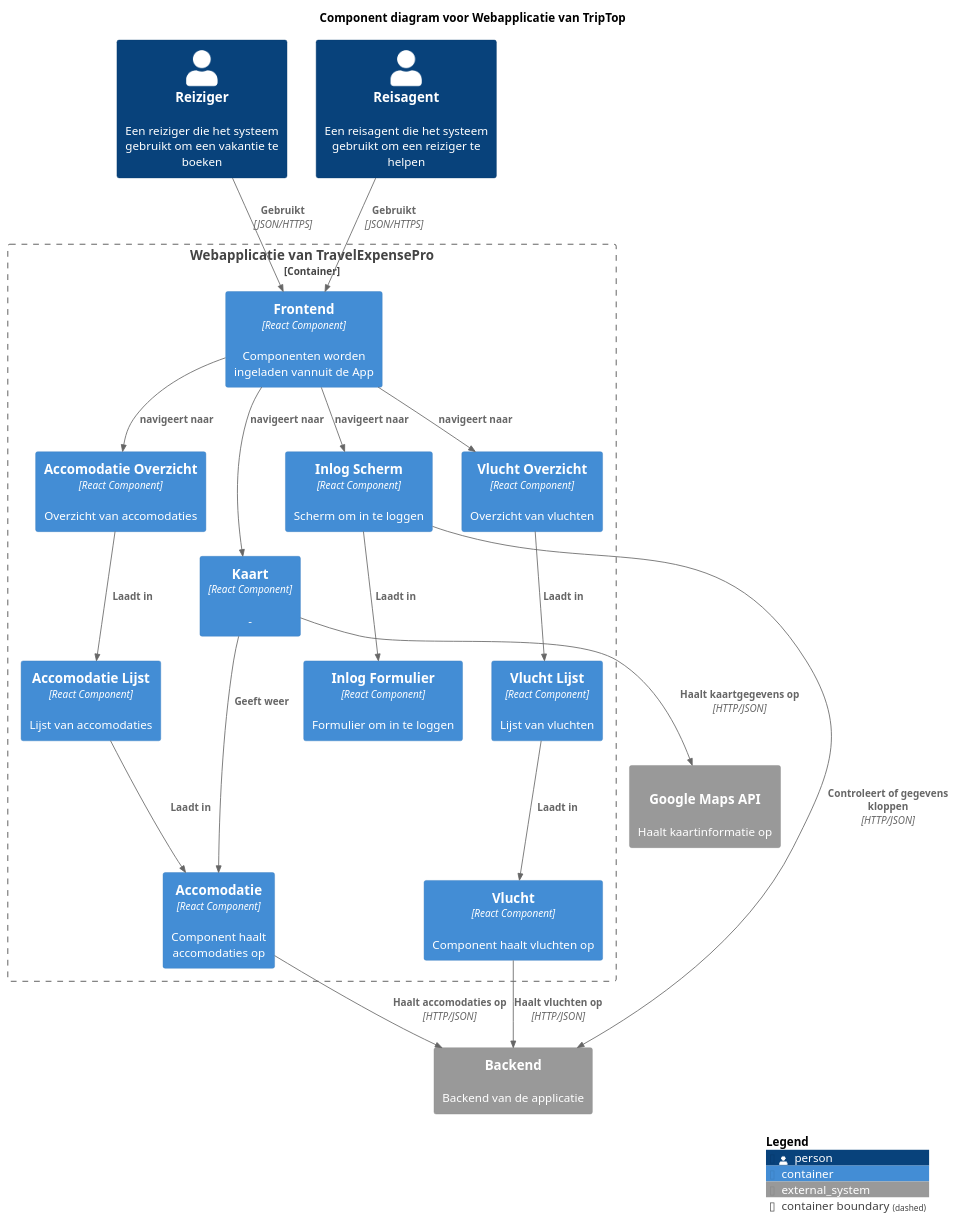
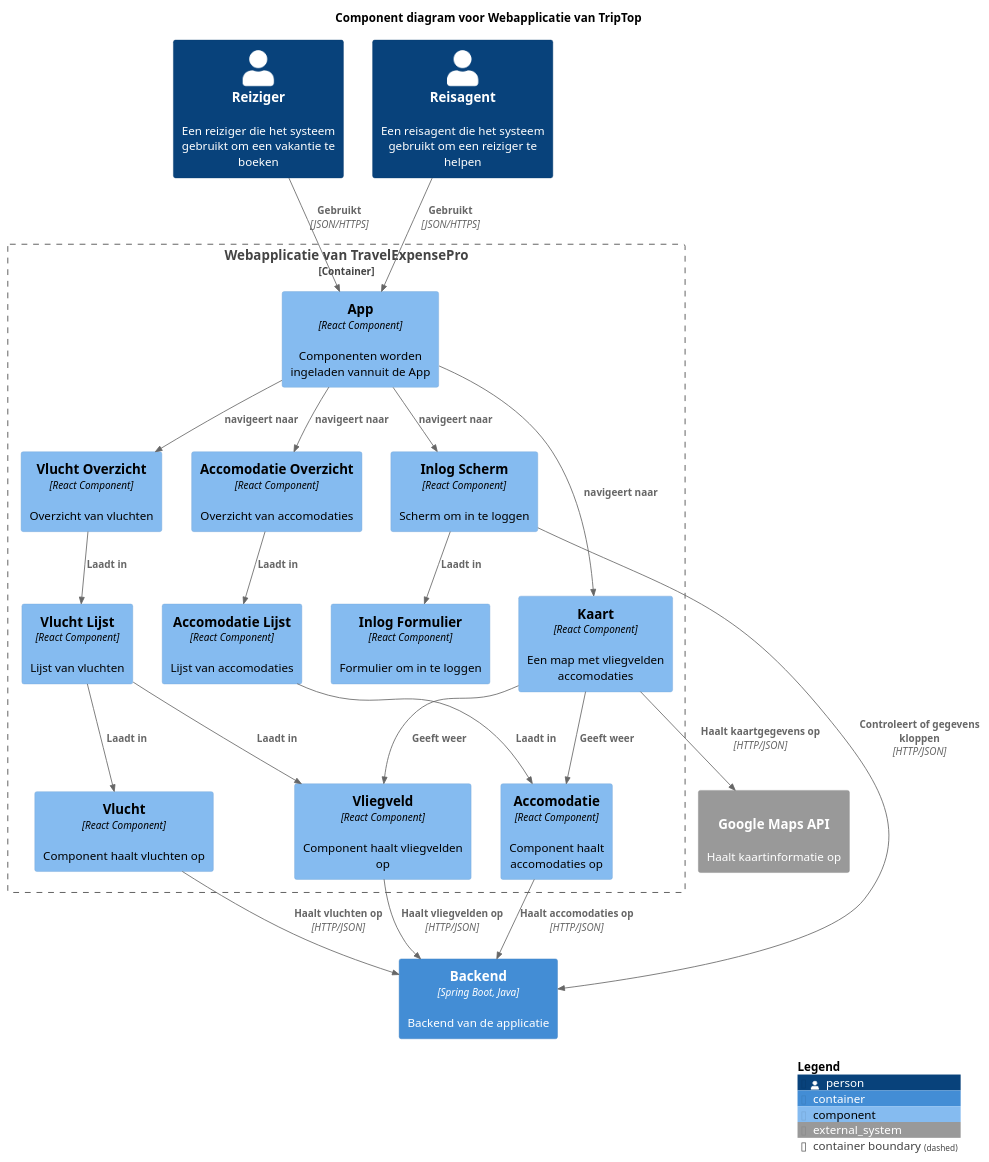
One commit to AIM-ENE-feb25/triptop-groep-b4 changed the diagram in C4_diagrammen/componentDiagramFrontEnd.puml. Above: the diagram before and after it, drawn with PlantUML.

Commit message:
Component diagram frontend uitgebreidt met vliegveld

```diff
--- a/C4_diagrammen/componentDiagramFrontEnd.puml
+++ b/C4_diagrammen/componentDiagramFrontEnd.puml
@@ -1,47 +1,50 @@
 @startuml
 !include https://raw.githubusercontent.com/plantuml-stdlib/C4-PlantUML/master/C4_Component.puml
 ' uncomment the following line and comment the first to use locally
 ' !include C4_Component.puml
 
 LAYOUT_WITH_LEGEND()
 
 title Component diagram voor Webapplicatie van TripTop
 
 Person(Reiziger, "Reiziger", "Een reiziger die het systeem gebruikt om een vakantie te boeken")
 Person(Reisagent, "Reisagent", "Een reisagent die het systeem gebruikt om een reiziger te helpen")
 
 Container_Boundary(api, "Webapplicatie van TravelExpensePro") {
-    Container(Frontend, "Frontend", "React Component", "Componenten worden ingeladen vannuit de App")
-    Container(InlogScherm, "Inlog Scherm", "React Component", "Scherm om in te loggen")
-    Container(InlogFormulier, "Inlog Formulier", "React Component", "Formulier om in te loggen")
-    Container(Kaart, "Kaart", "React Component", "-")
-    Container(AccomodatieOverzicht, "Accomodatie Overzicht", "React Component", "Overzicht van accomodaties")
-    Container(AccomodatieLijst, "Accomodatie Lijst", "React Component", "Lijst van accomodaties")
-    Container(Accomodatie, "Accomodatie", "React Component", "Component haalt accomodaties op")
-    Container(VluchtOverzicht, "Vlucht Overzicht", "React Component", "Overzicht van vluchten")
-    Container(VluchtLijst, "Vlucht Lijst", "React Component", "Lijst van vluchten")
-    Container(Vlucht, "Vlucht", "React Component", "Component haalt vluchten op")
+    Component(App, "App", "React Component", "Componenten worden ingeladen vannuit de App")
+    Component(InlogScherm, "Inlog Scherm", "React Component", "Scherm om in te loggen")
+    Component(InlogFormulier, "Inlog Formulier", "React Component", "Formulier om in te loggen")
+    Component(Kaart, "Kaart", "React Component", "Een map met vliegvelden accomodaties")
+    Component(AccomodatieOverzicht, "Accomodatie Overzicht", "React Component", "Overzicht van accomodaties")
+    Component(AccomodatieLijst, "Accomodatie Lijst", "React Component", "Lijst van accomodaties")
+    Component(Accomodatie, "Accomodatie", "React Component", "Component haalt accomodaties op")
+    Component(VluchtOverzicht, "Vlucht Overzicht", "React Component", "Overzicht van vluchten")
+    Component(VluchtLijst, "Vlucht Lijst", "React Component", "Lijst van vluchten")
+    Component(Vlucht, "Vlucht", "React Component", "Component haalt vluchten op")
+    Component(Vliegveld, "Vliegveld", "React Component", "Component haalt vliegvelden op")
 
-    Rel(Reiziger, Frontend, "Gebruikt", "JSON/HTTPS")
-    Rel(Reisagent, Frontend, "Gebruikt", "JSON/HTTPS")
-    Rel(Frontend, InlogScherm, "navigeert naar")
-    Rel(Frontend, Kaart, "navigeert naar")
-    Rel(Frontend, AccomodatieOverzicht, "navigeert naar")
+    Rel(Reiziger, App, "Gebruikt", "JSON/HTTPS")
+    Rel(Reisagent, App, "Gebruikt", "JSON/HTTPS")
+    Rel(App, InlogScherm, "navigeert naar")
+    Rel(App, Kaart, "navigeert naar")
+    Rel(App, AccomodatieOverzicht, "navigeert naar")
     Rel(InlogScherm, InlogFormulier, "Laadt in")
     Rel(AccomodatieOverzicht, AccomodatieLijst, "Laadt in")
     Rel(AccomodatieLijst, Accomodatie, "Laadt in")
     Rel(Kaart, Accomodatie, "Geeft weer")
-    Rel(Frontend, VluchtOverzicht, "navigeert naar")
+    Rel(Kaart, Vliegveld, "Geeft weer")
+    Rel(App, VluchtOverzicht, "navigeert naar")
     Rel(VluchtOverzicht, VluchtLijst, "Laadt in")
     Rel(VluchtLijst, Vlucht, "Laadt in")
+    Rel(VluchtLijst, Vliegveld, "Laadt in")
 }
 
-
-System_Ext(backend, "Backend", "Backend van de applicatie")
+Container(backend, "Backend", "Spring Boot, Java", "Backend van de applicatie")
 System_Ext(GoogleMapsAPI, "Google Maps API", "Haalt kaartinformatie op", "HTTP/JSON")
 Rel(InlogScherm, backend, "Controleert of gegevens kloppen", "HTTP/JSON")
 Rel(Accomodatie, backend, "Haalt accomodaties op", "HTTP/JSON")
 Rel(Vlucht, backend, "Haalt vluchten op", "HTTP/JSON")
+Rel(Vliegveld, backend, "Haalt vliegvelden op", "HTTP/JSON")
 Rel(Kaart, GoogleMapsAPI, "Haalt kaartgegevens op", "HTTP/JSON")
 SHOW_LEGEND()
 @enduml
```
